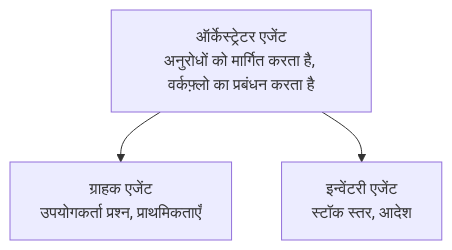
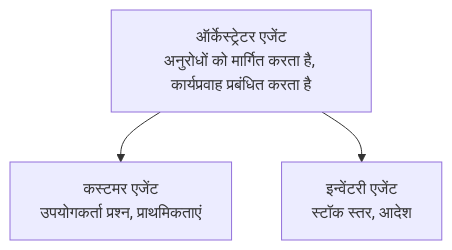
Before and after one commit to microsoft/AZD-for-beginners: the diagram in translations/hi/docs/chapter-05-multi-agent/README.md, drawn with Mermaid. The commit also changed other lines of this file and 101 other files, not shown here.

````diff
--- a/translations/hi/docs/chapter-05-multi-agent/README.md
+++ b/translations/hi/docs/chapter-05-multi-agent/README.md
@@ -50,5 +52,5 @@
 ```mermaid
 graph TD
-    Orchestrator[ऑर्केस्ट्रेटर एजेंट<br/>अनुरोधों को मार्गित करता है, वर्कफ़्लो का प्रबंधन करता है] --> Customer[ग्राहक एजेंट<br/>उपयोगकर्ता प्रश्न, प्राथमिकताएँ]
+    Orchestrator[ऑर्केस्ट्रेटर एजेंट<br/>अनुरोधों को मार्गित करता है, कार्यप्रवाह प्रबंधित करता है] --> Customer[कस्टमर एजेंट<br/>उपयोगकर्ता प्रश्न, प्राथमिकताएं]
     Orchestrator --> Inventory[इन्वेंटरी एजेंट<br/>स्टॉक स्तर, आदेश]
 ```
````
